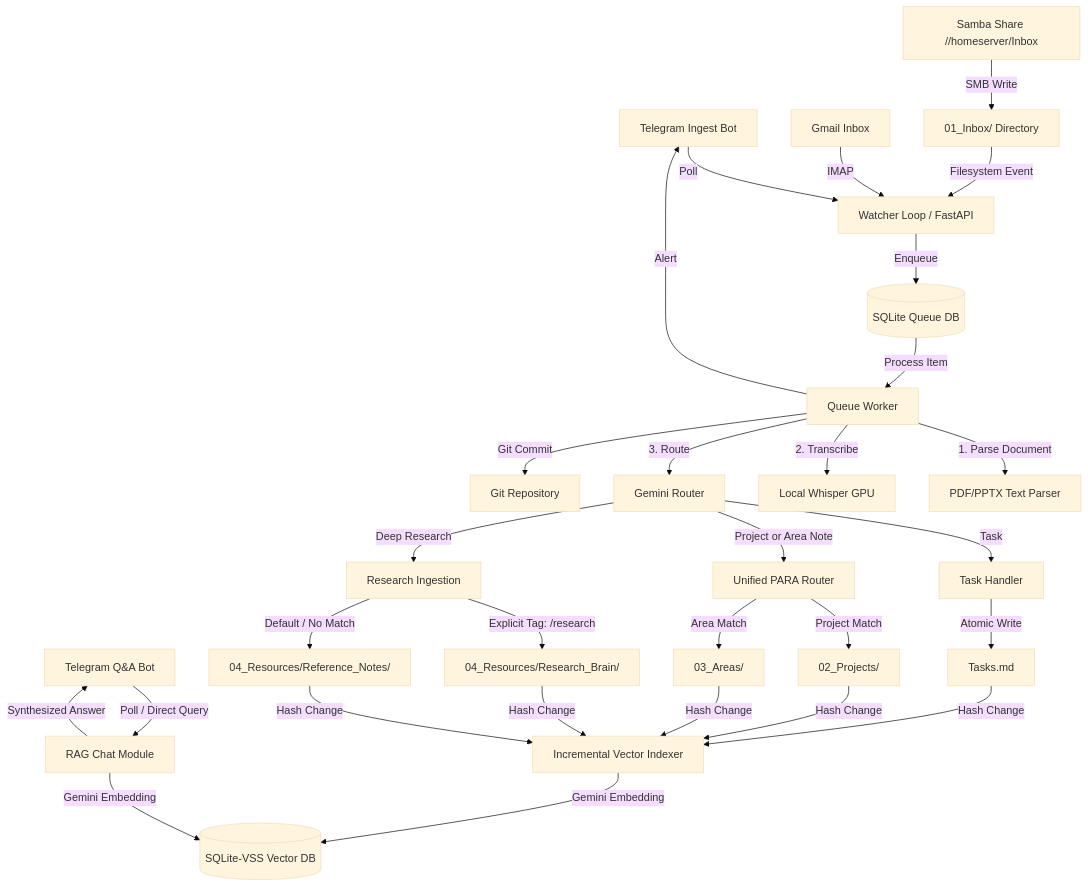
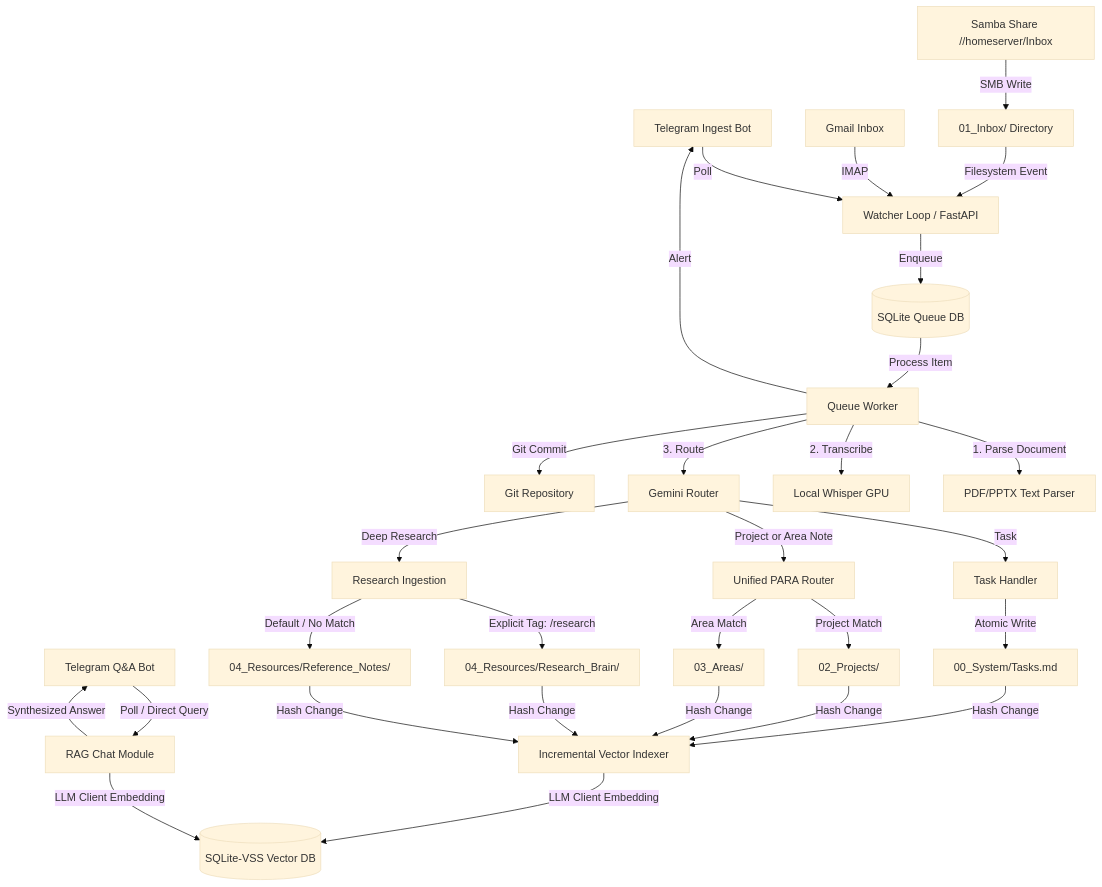
The first of 2 diagrams in docs/technical_implementation.md (sdmeers/second_brain), drawn with Mermaid (base theme) before and after one commit. The commit also changed other lines of this file and 9 other files, not shown here.

````diff
--- a/docs/technical_implementation.md
+++ b/docs/technical_implementation.md
@@ -11,42 +11,42 @@
 ```mermaid
 graph TD
     %% Inputs
     Telegram[Telegram Ingest Bot] -->|Poll| Watcher
     Gmail[Gmail Inbox] -->|IMAP| Watcher
     Folder[01_Inbox/ Directory] -->|Filesystem Event| Watcher
     Samba[Samba Share //homeserver/Inbox] -->|SMB Write| Folder
     
     %% Q&A Bot
     TelegramQA[Telegram Q&A Bot] -->|Poll / Direct Query| RAGMod[RAG Chat Module]
 
     %% Core
     Watcher[Watcher Loop / FastAPI] -->|Enqueue| Queue[(SQLite Queue DB)]
     Queue -->|Process Item| Worker[Queue Worker]
     Worker -->|1. Parse Document| Parser[PDF/PPTX Text Parser]
     Worker -->|2. Transcribe| Transcriber[Local Whisper GPU]
     Worker -->|3. Route| Router[Gemini Router]
     
     %% Handlers
     Router -->|Task| TaskHandler[Task Handler]
     Router -->|Project or Area Note| PARAHandler[Unified PARA Router]
     Router -->|Deep Research| ResearchHandler[Research Ingestion]
     
     %% Destinations
-    TaskHandler -->|Atomic Write| TasksFile[Tasks.md]
+    TaskHandler -->|Atomic Write| TasksFile[00_System/Tasks.md]
     PARAHandler -->|Project Match| ProjFolder[02_Projects/]
     PARAHandler -->|Area Match| AreaFolder[03_Areas/]
     ResearchHandler -->|Explicit Tag: /research| Research[04_Resources/Research_Brain/]
     ResearchHandler -->|Default / No Match| Reference[04_Resources/Reference_Notes/]
     
     %% Indexing
     TasksFile & ProjFolder & AreaFolder & Research & Reference -->|Hash Change| Indexer[Incremental Vector Indexer]
-    Indexer -->|Gemini Embedding| VectorDB[(SQLite-VSS Vector DB)]
+    Indexer -->|LLM Client Embedding| VectorDB[(SQLite-VSS Vector DB)]
     
     %% Query Flow
-    RAGMod -->|Gemini Embedding| VectorDB
+    RAGMod -->|LLM Client Embedding| VectorDB
     RAGMod -->|Synthesized Answer| TelegramQA
     
     %% Commits & Alerts
     Worker -->|Git Commit| Git[Git Repository]
     Worker -->|Alert| Telegram
 ```
````
